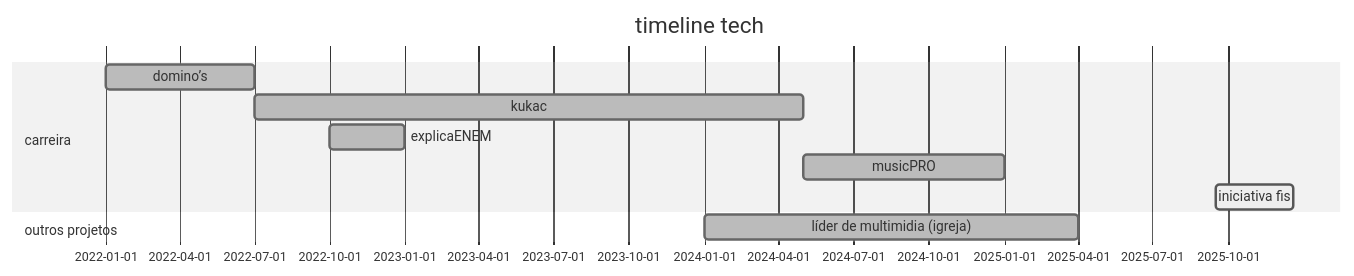
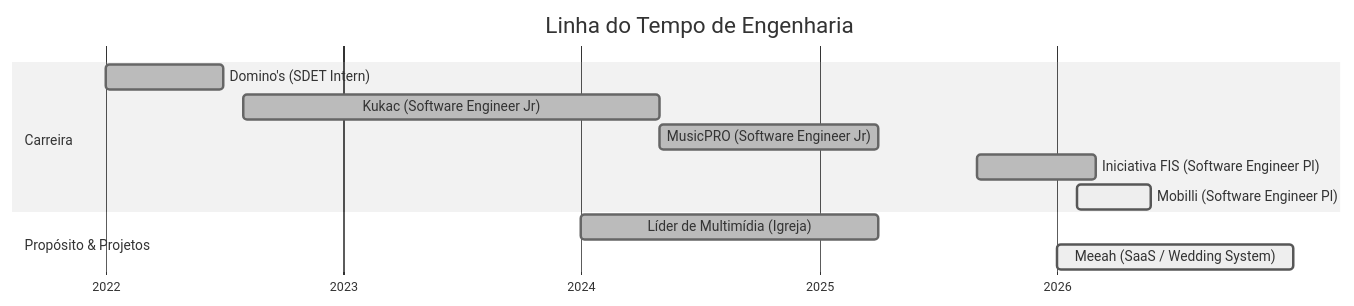
Before and after one commit to devgustavovasquez/devgustavovasquez: the diagram in README.md, drawn with Mermaid (neutral theme). The commit also changed other lines of this file, not shown here.

````diff
--- a/README.md
+++ b/README.md
@@ -6,17 +6,17 @@
 ```mermaid
+gantt
+    dateFormat  YYYY-MM-DD
+    title Linha do Tempo de Engenharia
+    axisFormat %Y
 
-gantt
-dateFormat  YYYY-MM-DD
-title timeline tech
+    section Carreira
+    Domino's (SDET Intern)             :done, 2022-01-01, 2022-07-01
+    Kukac (Software Engineer Jr)        :done, 2022-08-01, 2024-05-01
+    MusicPRO (Software Engineer Jr)     :done, 2024-05-01, 2025-04-01
+    Iniciativa FIS (Software Engineer Pl):done, 2025-09-01, 2026-03-01
+    Mobilli (Software Engineer Pl)      :active, 2026-02-01, 2026-05-26
 
-    section carreira
-    domino’s                             :done,, 2022-01-01, 2022-07-01
-    kukac                                :done,, 2022-07-01, 2024-05-01
-    explicaENEM                          :done,, 2022-10-01, 2023-01-01
-    musicPRO                             :done,, 2024-05-01, 2025-01-01
-    iniciativa fis                       :active,, 2025-09-16, 2025-12-20
-
-
-    section outros projetos
-    líder de multimidia (igreja)         :done,, 2024-01-01, 2025-04-01
+    section Propósito & Projetos
+    Líder de Multimídia (Igreja)        :done, 2024-01-01, 2025-04-01
+    Meeah (SaaS / Wedding System)       :active, 2026-01-01, 2026-12-30
 ```
````
